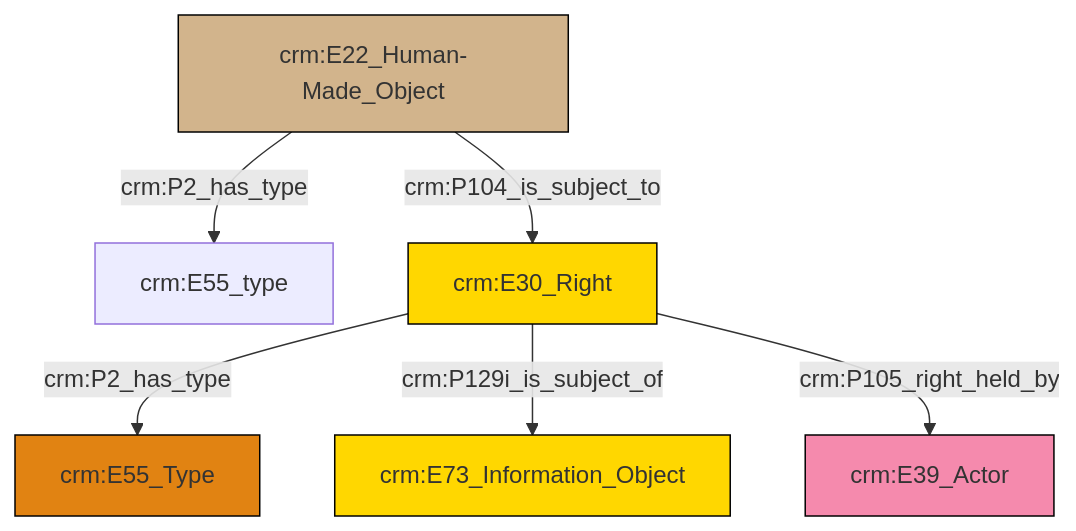
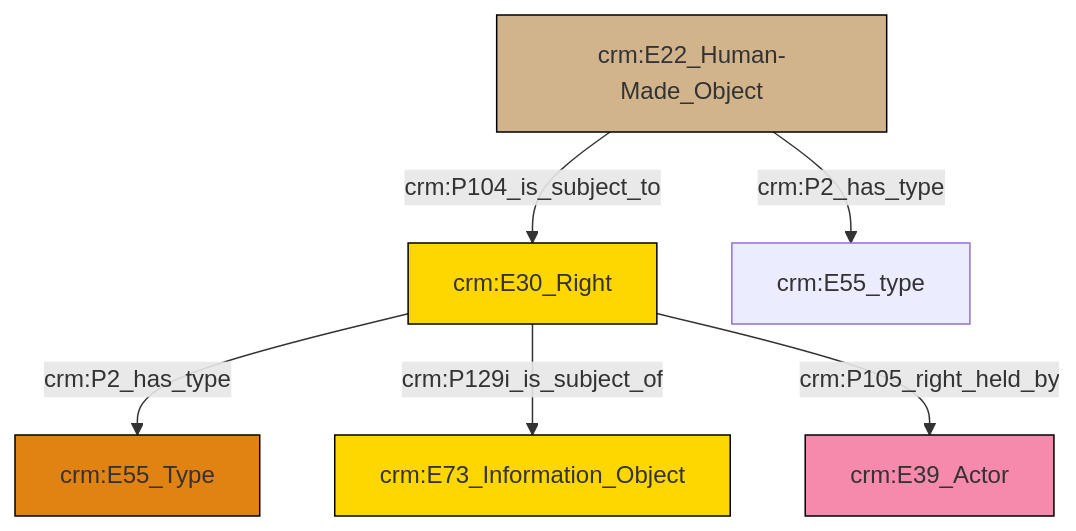
Before and after one commit to swiss-art-research-net/reference-data-models: the diagram in et/builtWorkCSV/ttl/mmd/Built_Work_rights.ttl.mmd, drawn with Mermaid. The commit also changed 129 other files, not shown here.

```diff
--- a/et/builtWorkCSV/ttl/mmd/Built_Work_rights.ttl.mmd
+++ b/et/builtWorkCSV/ttl/mmd/Built_Work_rights.ttl.mmd
@@ -1,20 +1,20 @@
 graph TD
 classDef Literal fill:#f2f2f2,stroke:#000000;
 classDef CRM_Entity fill:#FFFFFF,stroke:#000000;
 classDef Temporal_Entity fill:#00C9E6, stroke:#000000;
 classDef Type fill:#E18312, stroke:#000000;
 classDef Time-Span fill:#2C9C91, stroke:#000000;
 classDef Appellation fill:#FFEB7F, stroke:#000000;
 classDef Place fill:#008836, stroke:#000000;
 classDef Persistent_Item fill:#B266B2, stroke:#000000;
 classDef Conceptual_Object fill:#FFD700, stroke:#000000;
 classDef Physical_Thing fill:#D2B48C, stroke:#000000;
 classDef Actor fill:#f58aad, stroke:#000000;
 classDef PC_Classes fill:#4ce600, stroke:#000000;
 classDef Multi fill:#cccccc,stroke:#000000;
 
-4["crm:E30_Right"]:::Conceptual_Object -->|crm:P2_has_type| 6["crm:E55_Type"]:::Type
-4["crm:E30_Right"]:::Conceptual_Object -->|crm:P129i_is_subject_of| 8["crm:E73_Information_Object"]:::Conceptual_Object
-0["crm:E22_Human-Made_Object"]:::Physical_Thing -->|crm:P104_is_subject_to| 4["crm:E30_Right"]:::Conceptual_Object
-4["crm:E30_Right"]:::Conceptual_Object -->|crm:P105_right_held_by| 9["crm:E39_Actor"]:::Actor
-0["crm:E22_Human-Made_Object"]:::Physical_Thing -->|crm:P2_has_type| 2["crm:E55_type"]:::Default
+0["crm:E30_Right"]:::Conceptual_Object -->|crm:P2_has_type| 1["crm:E55_Type"]:::Type
+0["crm:E30_Right"]:::Conceptual_Object -->|crm:P129i_is_subject_of| 6["crm:E73_Information_Object"]:::Conceptual_Object
+4["crm:E22_Human-Made_Object"]:::Physical_Thing -->|crm:P2_has_type| 2["crm:E55_type"]:::Default
+0["crm:E30_Right"]:::Conceptual_Object -->|crm:P105_right_held_by| 8["crm:E39_Actor"]:::Actor
+4["crm:E22_Human-Made_Object"]:::Physical_Thing -->|crm:P104_is_subject_to| 0["crm:E30_Right"]:::Conceptual_Object
```
